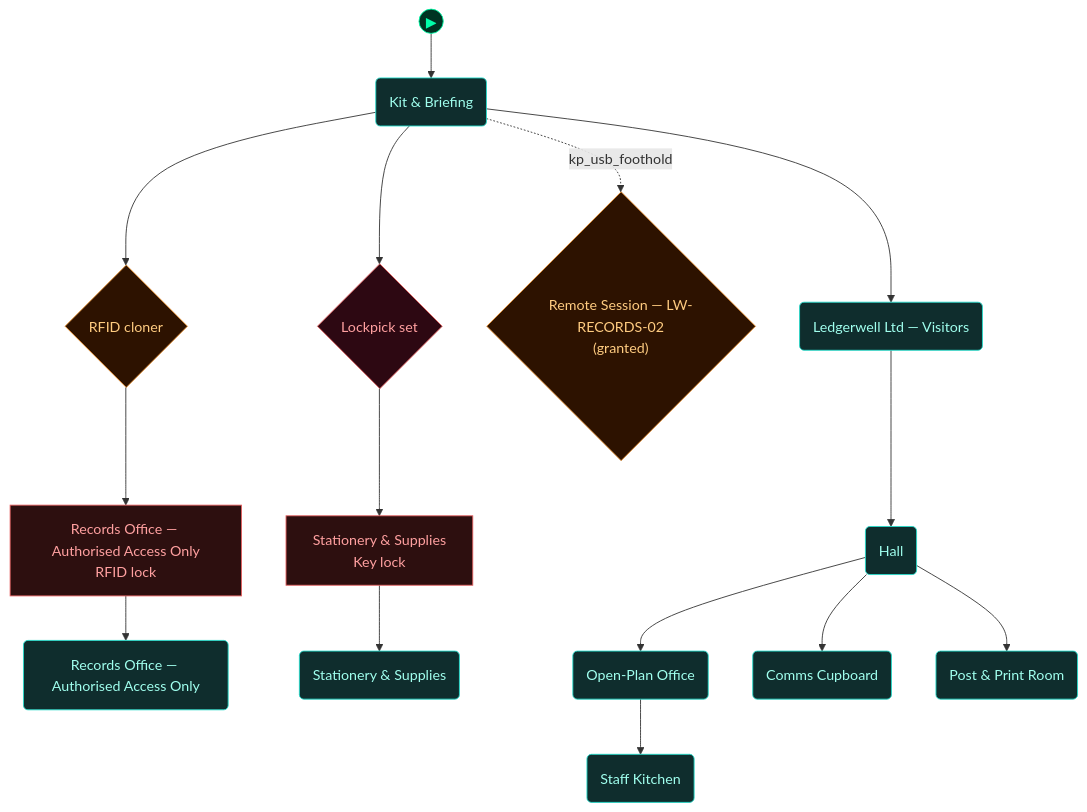
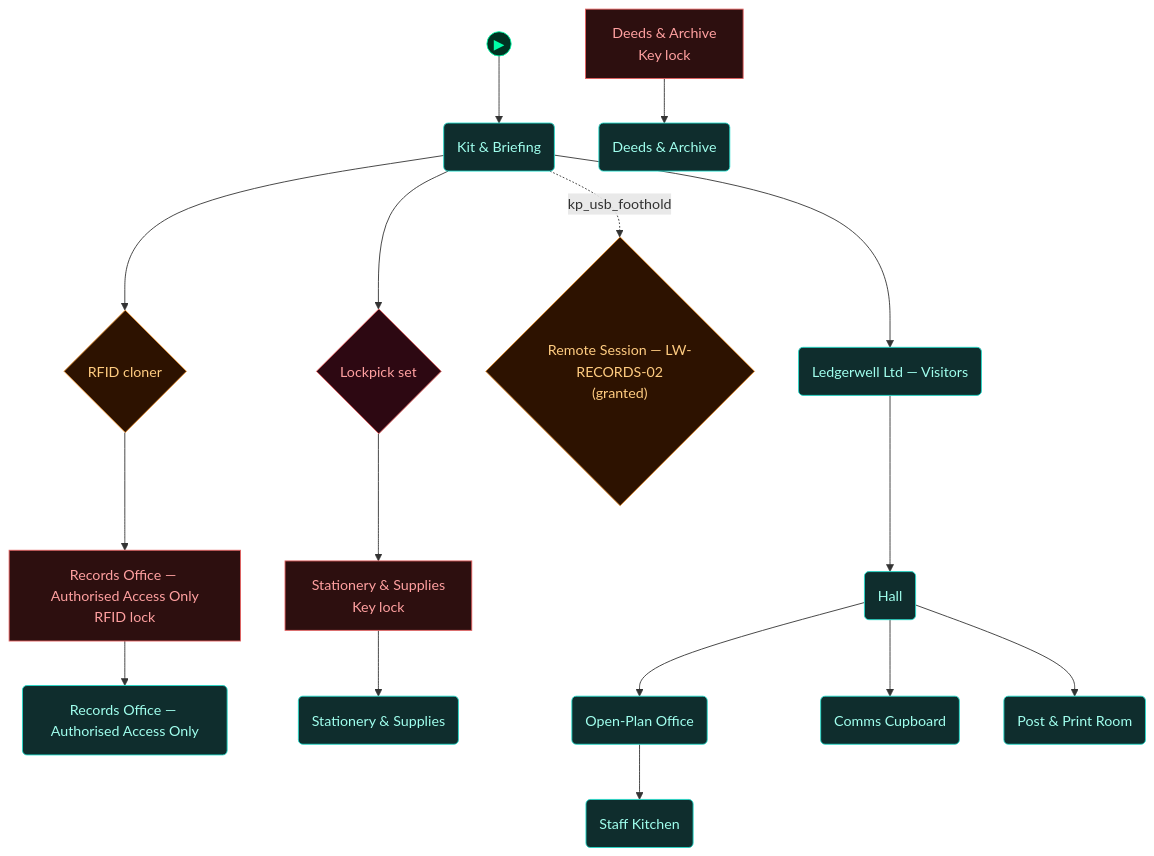
Before and after one commit to cliffe/BreakEscape: the first of 5 diagrams in scenarios/lab_physical_pentest/dungeon_graph.md, drawn with Mermaid. The commit also changed other lines of this file and 8 other files, not shown here.

First line of the commit message:
Expansion step 7: P4 deeds & archive room + scope beat

````diff
--- a/scenarios/lab_physical_pentest/dungeon_graph.md
+++ b/scenarios/lab_physical_pentest/dungeon_graph.md
@@ -51,56 +51,59 @@
 ```mermaid
 flowchart TD
 
   classDef room      fill:#0f2d2d,stroke:#22ddcc,color:#a0ffee
   classDef lock      fill:#2d0f0f,stroke:#e66060,color:#ffa0a0
   classDef key       fill:#2d0812,stroke:#e66060,color:#ffa0a0
   classDef item      fill:#2d1200,stroke:#e89030,color:#ffcc80
   classDef gate      fill:#111,stroke:#666,color:#eee
   classDef vm        fill:#0c1f40,stroke:#4a90d9,color:#a0c8ff
   classDef flag      fill:#1a0c2d,stroke:#9060d0,color:#cc99ff
   classDef action    fill:#1a1200,stroke:#cc9922,color:#ffee88
   classDef aim       fill:#0d2a0d,stroke:#44cc44,color:#88ff88
   classDef aim_gate  fill:#111111,stroke:#44cc44,color:#44cc44
   classDef container fill:#1a2d1a,stroke:#60b060,color:#a0e0a0
   classDef npc       fill:#2d1f0d,stroke:#d0a050,color:#ffe0a0
   classDef critical  fill:#2a1500,stroke:#ffaa00,color:#ffdd88
   classDef start     fill:#003322,stroke:#00ffaa,color:#00ffaa
 
   node_start(("▶"))
   node_start --> briefing_room
 
   door_secure_area["Records Office — Authorised Access Only<br/>RFID lock"]
   secure_area("Records Office — Authorised Access Only")
   door_store_room["Stationery & Supplies<br/>Key lock"]
   store_room("Stationery & Supplies")
+  door_P4["Deeds & Archive<br/>Key lock"]
+  P4("Deeds & Archive")
   briefing_room("Kit & Briefing")
   rfid_cloner{"RFID cloner"}
   lockpick_set{"Lockpick set"}
   grant_records_remote_session{"Remote Session — LW-RECORDS-02<br/>(granted)"}
   reception("Ledgerwell Ltd — Visitors")
   hall("Hall")
   open_plan("Open-Plan Office")
   P3("Comms Cupboard")
   P1("Post & Print Room")
   P2("Staff Kitchen")
 
   door_secure_area --> secure_area
   door_store_room --> store_room
+  door_P4 --> P4
   briefing_room --> rfid_cloner
   rfid_cloner --> door_secure_area
   briefing_room --> lockpick_set
   lockpick_set --> door_store_room
   briefing_room -.->|kp_usb_foothold| grant_records_remote_session
   briefing_room --> reception
   reception --> hall
   hall --> open_plan
   hall --> P3
   hall --> P1
   open_plan --> P2
 
-  class door_secure_area,door_store_room lock
-  class secure_area,store_room,briefing_room,reception,hall,open_plan,P3,P1,P2 room
+  class door_secure_area,door_store_room,door_P4 lock
+  class secure_area,store_room,P4,briefing_room,reception,hall,open_plan,P3,P1,P2 room
   class rfid_cloner,grant_records_remote_session item
   class lockpick_set key
   class node_start start
 ```
````
